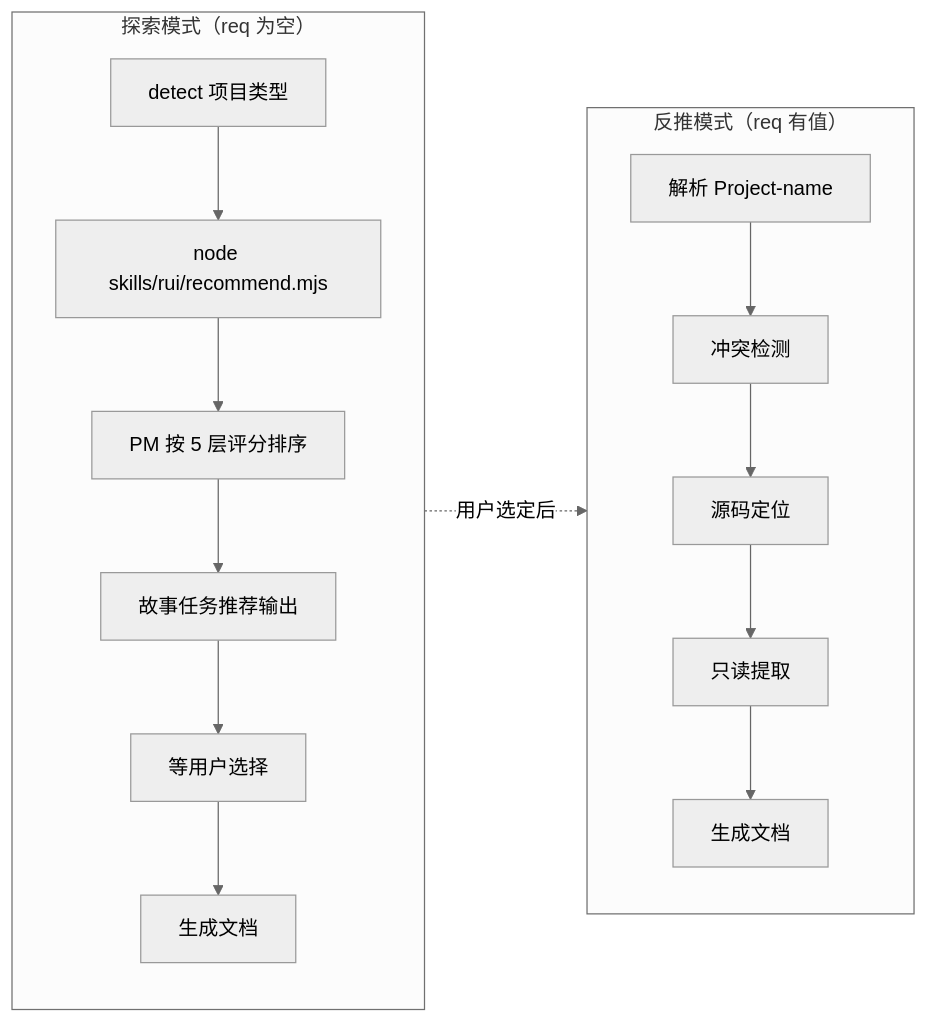
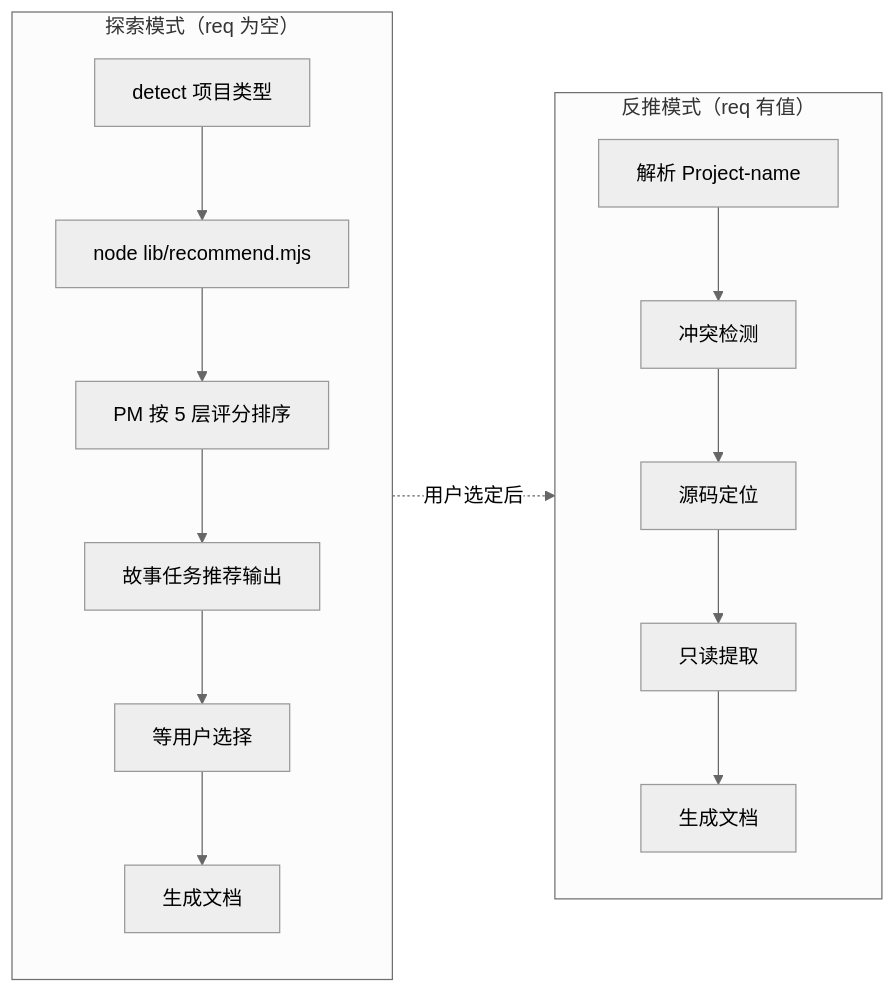
One commit to effiy/YrY changed the fifth of 7 diagrams in agents/pm.md. Above: the diagram before and after it, drawn with Mermaid (neutral theme). The commit also changed other lines of this file and 341 other files, not shown here.

````diff
--- a/agents/pm.md
+++ b/agents/pm.md
@@ -138,20 +152,20 @@
 ```mermaid
 flowchart LR
     subgraph explore["探索模式（req 为空）"]
         direction TB
-        E0["detect 项目类型"]:::tool --> E1["node skills/rui/recommend.mjs"]:::tool
+        E0["detect 项目类型"]:::tool --> E1["node lib/recommend.mjs"]:::tool
         E1 --> E2["PM 按 5 层评分排序"]:::llm
         E2 --> E3["故事任务推荐输出"]:::llm
         E3 --> E4["等用户选择"]:::exp
         E4 --> E5["生成文档"]:::exp
     end
     subgraph direct["反推模式（req 有值）"]
         direction TB
         D1["解析 Project-name"]:::dir --> D2["冲突检测"]:::dir
         D2 --> D3["源码定位"]:::dir
         D3 --> D4["只读提取"]:::dir
         D4 --> D5["生成文档"]:::dir
     end
     explore -.->|"用户选定后"| direct
 
 ```
````
